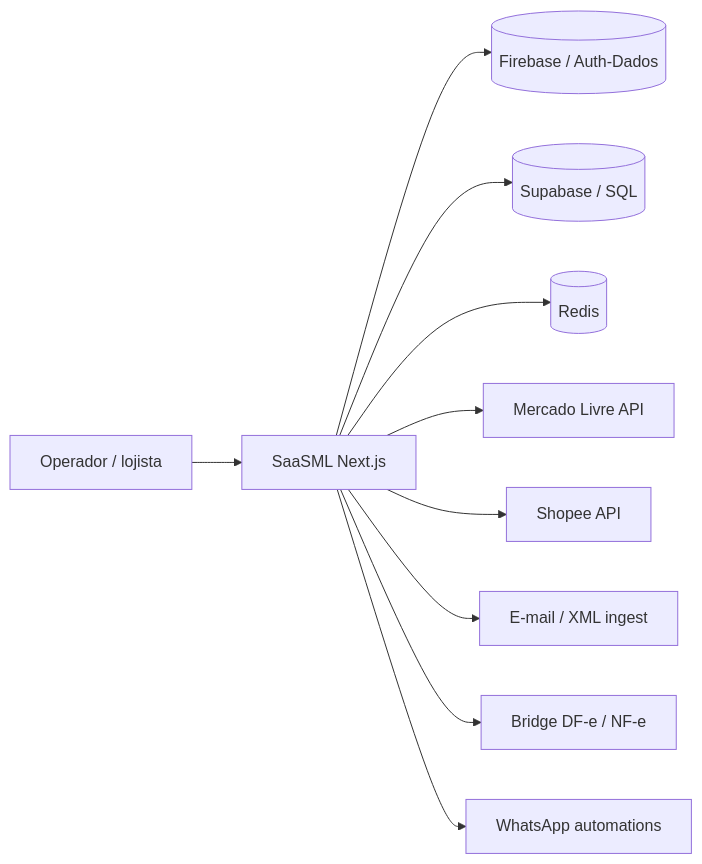
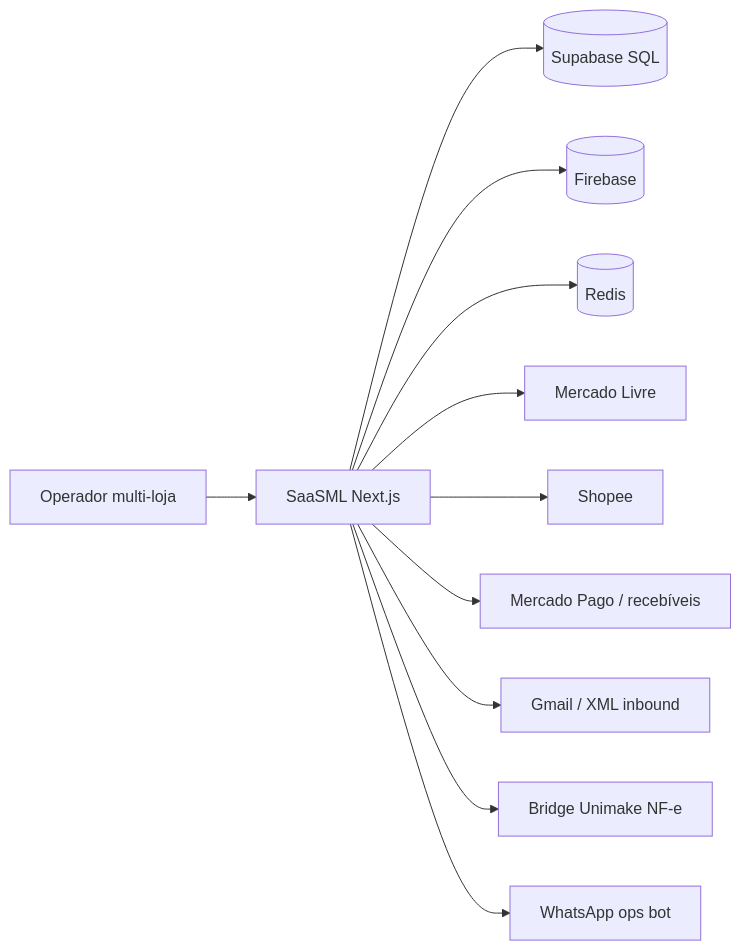
The diagram in architecture/saasml.md (BR-Oleg/portfolio), drawn with Mermaid before and after one commit. The commit also changed other lines of this file and 17 other files, not shown here.

First line of the commit message:
Deepen SaaSML, AtendPolitiq and Safeplate case studies.

````diff
--- a/architecture/saasml.md
+++ b/architecture/saasml.md
@@ -7,12 +5,13 @@
 ```mermaid
 flowchart LR
-  Ops[Operador / lojista] --> App[SaaSML Next.js]
-  App --> FB[(Firebase / Auth-Dados)]
-  App --> SB[(Supabase / SQL)]
+  Ops[Operador multi-loja] --> App[SaaSML Next.js]
+  App --> SB[(Supabase SQL)]
+  App --> FB[(Firebase)]
   App --> Redis[(Redis)]
-  App --> ML[Mercado Livre API]
-  App --> Shopee[Shopee API]
-  App --> Mail[E-mail / XML ingest]
-  App --> DFe[Bridge DF-e / NF-e]
-  App --> WA[WhatsApp automations]
+  App --> ML[Mercado Livre]
+  App --> SP[Shopee]
+  App --> MP[Mercado Pago / recebíveis]
+  App --> Mail[Gmail / XML inbound]
+  App --> DFe[Bridge Unimake NF-e]
+  App --> WA[WhatsApp ops bot]
 ```
````
